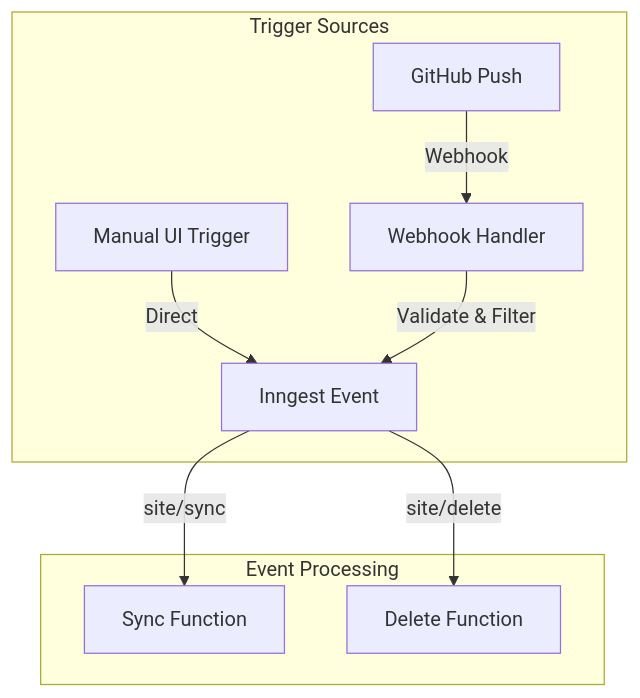
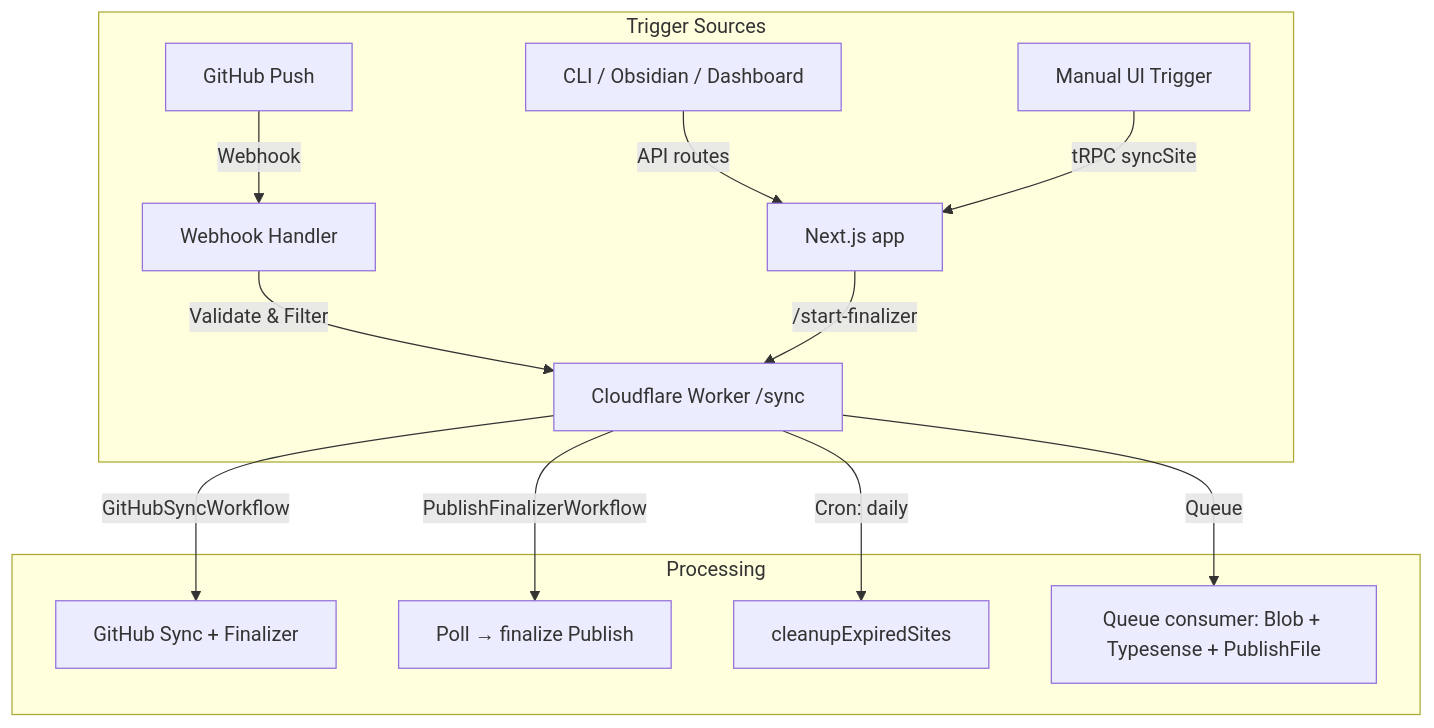
One commit to flowershow/flowershow changed the diagram in apps/flowershow/README.md. Above: the diagram before and after it, drawn with Mermaid. The commit also changed other lines of this file and 74 other files, not shown here.

Commit message:
feat!: replace Inngest with Cloudflare Worker cron + inline handlers (ADR 009) (#1276)

````diff
--- a/apps/flowershow/README.md
+++ b/apps/flowershow/README.md
@@ -72,13 +63,17 @@
 ```mermaid
 graph TD
     subgraph "Trigger Sources"
         GH[GitHub Push] -->|Webhook| WH[Webhook Handler]
-        UI[Manual UI Trigger] -->|Direct| IE[Inngest Event]
-        WH -->|Validate & Filter| IE
+        CLI[CLI / Obsidian / Dashboard] -->|API routes| NX[Next.js app]
+        UI[Manual UI Trigger] -->|tRPC syncSite| NX
+        WH -->|Validate & Filter| CW[Cloudflare Worker /sync]
+        NX -->|/start-finalizer| CW
     end
 
-    subgraph "Event Processing"
-        IE -->|site/sync| SF[Sync Function]
-        IE -->|site/delete| DF[Delete Function]
+    subgraph "Processing"
+        CW -->|GitHubSyncWorkflow| SF[GitHub Sync + Finalizer]
+        CW -->|PublishFinalizerWorkflow| PF[Poll → finalize Publish]
+        CW -->|Cron: daily| DF[cleanupExpiredSites]
+        CW -->|Queue| QC[Queue consumer: Blob + Typesense + PublishFile]
     end
 ```
````
